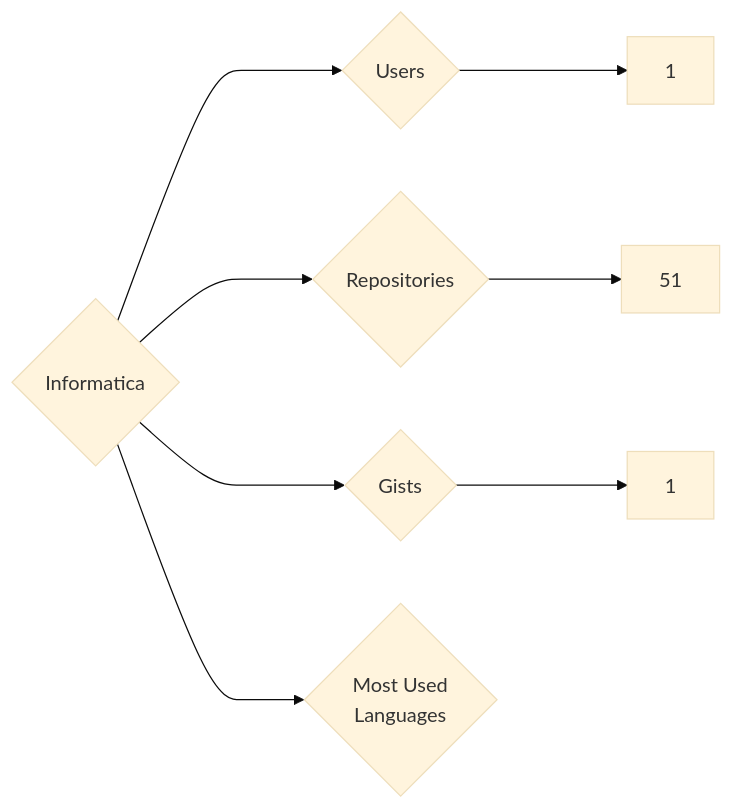
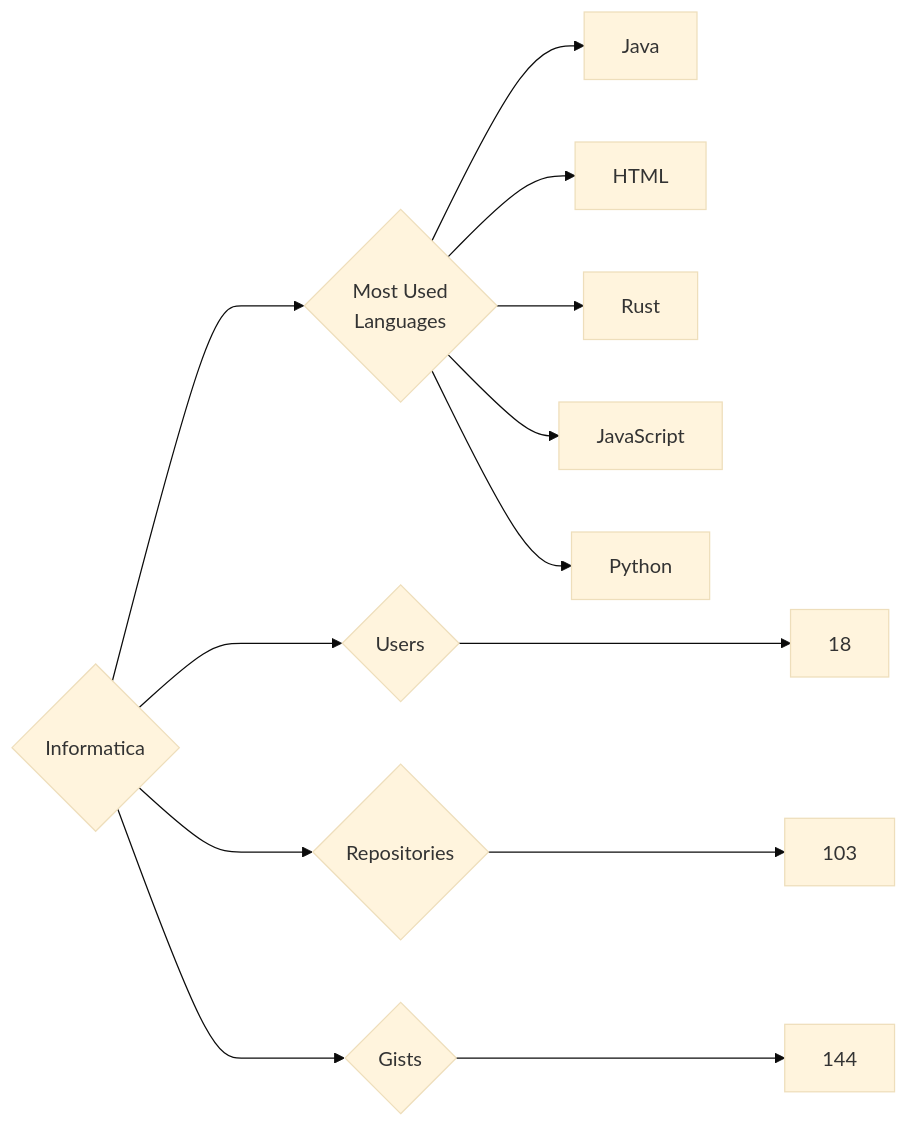
The diagram in targets/Informatica/README.md (trickest/insiders), drawn with Mermaid (base theme) before and after one commit. The commit also changed 859 other files, not shown here.

````diff
--- a/targets/Informatica/README.md
+++ b/targets/Informatica/README.md
@@ -3,8 +3,13 @@
 ```mermaid
 graph LR
 COMPANY_NAME{Informatica}
-COMPANY_NAME ---> U{Users} ---> UN[1]
-COMPANY_NAME ---> R{Repositories} ---> RN[51]
-COMPANY_NAME ---> G{Gists} ---> GN[1]
+COMPANY_NAME ---> U{Users} ---> UN[18]
+COMPANY_NAME ---> R{Repositories} ---> RN[103]
+COMPANY_NAME ---> G{Gists} ---> GN[144]
 COMPANY_NAME ---> ML{Most Used<br>Languages}
+ML --> Java[Java]
+ML --> HTML[HTML]
+ML --> Rust[Rust]
+ML --> JavaScript[JavaScript]
+ML --> Python[Python]
 ```
````
